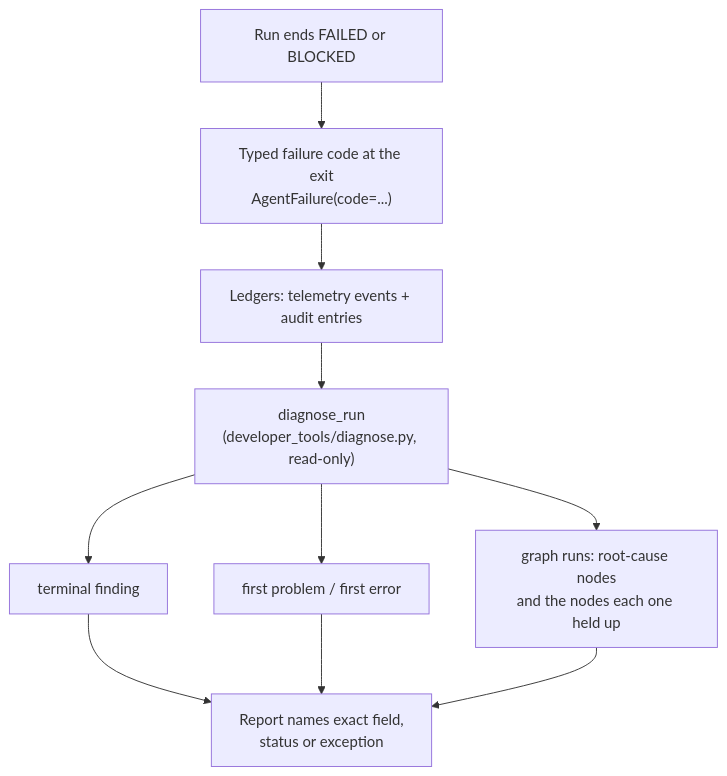
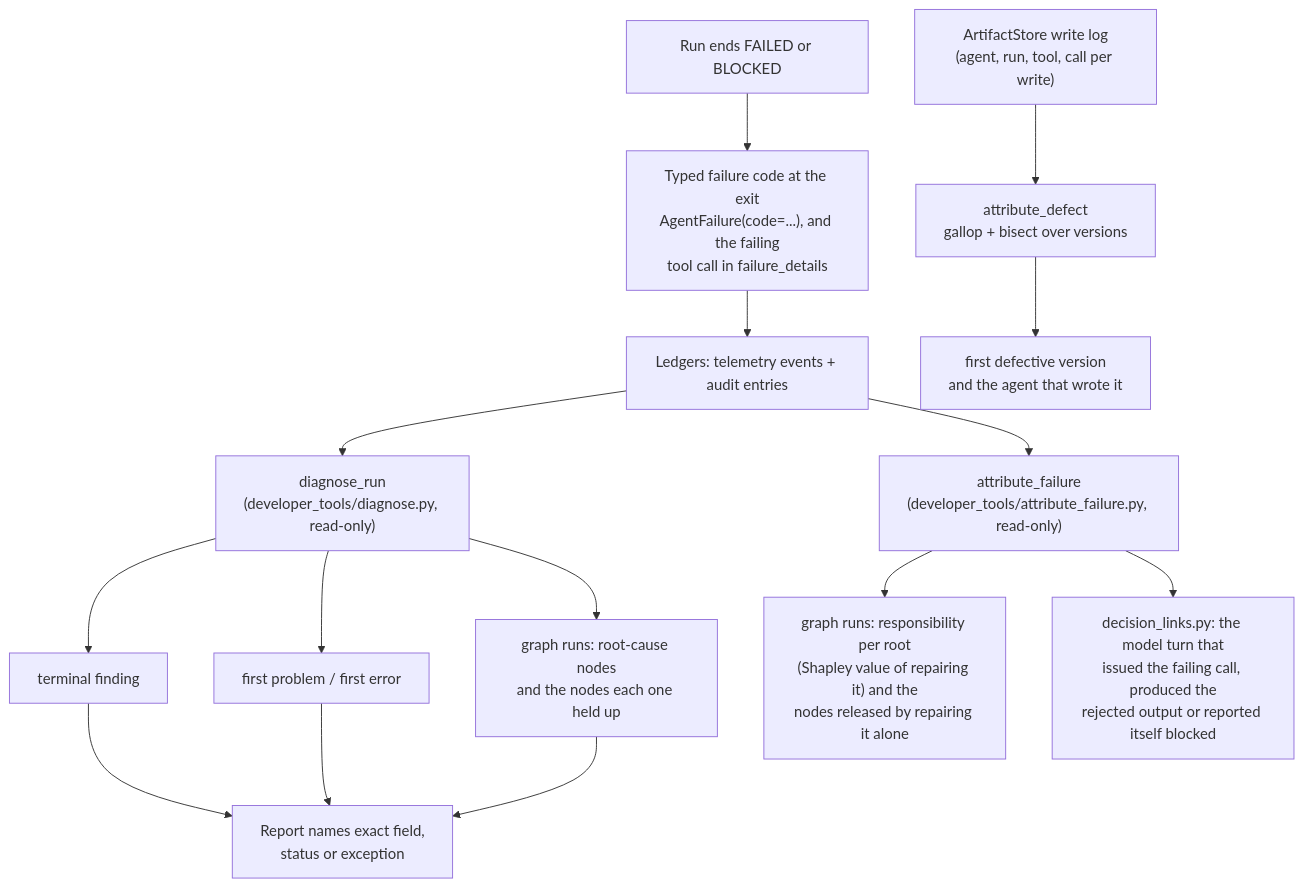
The tenth of 11 diagrams in docs/architecture/diagrams.md (MikejR2904/nailong-agent-sdk), drawn with Mermaid before and after one commit. The commit also changed other lines of this file and 35 other files, not shown here.

Commit message:
Added causal attributions and defective artifact detection

````diff
--- a/docs/architecture/diagrams.md
+++ b/docs/architecture/diagrams.md
@@ -329,10 +329,15 @@
 ```mermaid
 flowchart TD
-    F["Run ends FAILED or BLOCKED"] --> C["Typed failure code at the exit<br/>AgentFailure(code=...)"]
+    F["Run ends FAILED or BLOCKED"] --> C["Typed failure code at the exit<br/>AgentFailure(code=...), and the failing<br/>tool call in failure_details"]
     C --> L["Ledgers: telemetry events + audit entries"]
     L --> D["diagnose_run<br/>(developer_tools/diagnose.py, read-only)"]
     D --> D1["terminal finding"]
     D --> D2["first problem / first error"]
     D --> D3["graph runs: root-cause nodes<br/>and the nodes each one held up"]
     D1 & D2 & D3 --> REP["Report names exact field,<br/>status or exception"]
+    L --> A["attribute_failure<br/>(developer_tools/attribute_failure.py, read-only)"]
+    A --> A1["graph runs: responsibility per root<br/>(Shapley value of repairing it) and the<br/>nodes released by repairing it alone"]
+    A --> A2["decision_links.py: the model turn that<br/>issued the failing call, produced the<br/>rejected output or reported itself blocked"]
+    W["ArtifactStore write log<br/>(agent, run, tool, call per write)"] --> X["attribute_defect<br/>gallop + bisect over versions"]
+    X --> X1["first defective version<br/>and the agent that wrote it"]
 ```
````
